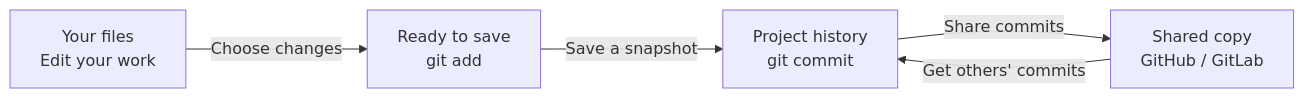
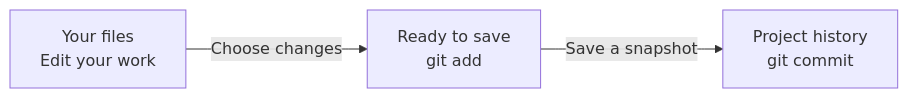
Before and after one commit to PHP-Bergen/phpbergen_202608_git: the diagram in docs/beyond_basic.md, drawn with Mermaid. The commit also changed other lines of this file and 2 other files, not shown here.

Commit message:
# Please include a useful commit message!

````diff
--- a/docs/beyond_basic.md
+++ b/docs/beyond_basic.md
@@ -7,12 +9,9 @@
 ```mermaid
 flowchart LR
     files["Your files<br/>Edit your work"]
     staged["Ready to save<br/>git add"]
     history["Project history<br/>git commit"]
-    remote["Shared copy<br/>GitHub / GitLab"]
 
     files -->|Choose changes| staged
     staged -->|Save a snapshot| history
-    history -->|Share commits| remote
-    remote -->|Get others' commits| history
 ```
````
